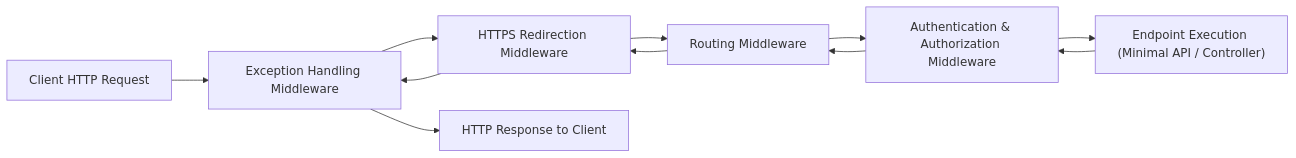
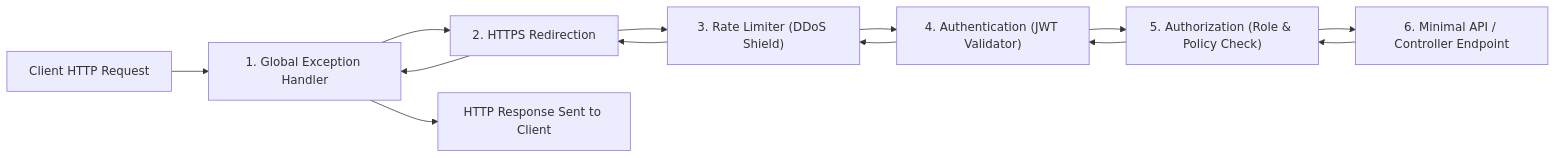
Before and after one commit to Singhkunall/Csharp-learning: the diagram in Main/Topics/23_AspNetCoreWebDevelopment/README.md, drawn with Mermaid. The commit also changed other lines of this file and 11 other files, not shown here.

````diff
--- a/Main/Topics/23_AspNetCoreWebDevelopment/README.md
+++ b/Main/Topics/23_AspNetCoreWebDevelopment/README.md
@@ -22,13 +10,16 @@
 ```mermaid
 flowchart LR
-    Client["Client HTTP Request"] --> M1["Exception Handling Middleware"]
-    M1 --> M2["HTTPS Redirection Middleware"]
-    M2 --> M3["Routing Middleware"]
-    M3 --> M4["Authentication & Authorization Middleware"]
-    M4 --> Endpoint["Endpoint Execution (Minimal API / Controller)"]
-    Endpoint --> M4
+    Client["Client HTTP Request"] --> M1["1. Global Exception Handler"]
+    M1 --> M2["2. HTTPS Redirection"]
+    M2 --> M3["3. Rate Limiter (DDoS Shield)"]
+    M3 --> M4["4. Authentication (JWT Validator)"]
+    M4 --> M5["5. Authorization (Role & Policy Check)"]
+    M5 --> Endpoint["6. Minimal API / Controller Endpoint"]
+
+    Endpoint --> M5
+    M5 --> M4
     M4 --> M3
     M3 --> M2
     M2 --> M1
-    M1 --> Response["HTTP Response to Client"]
+    M1 --> Response["HTTP Response Sent to Client"]
 ```
````
